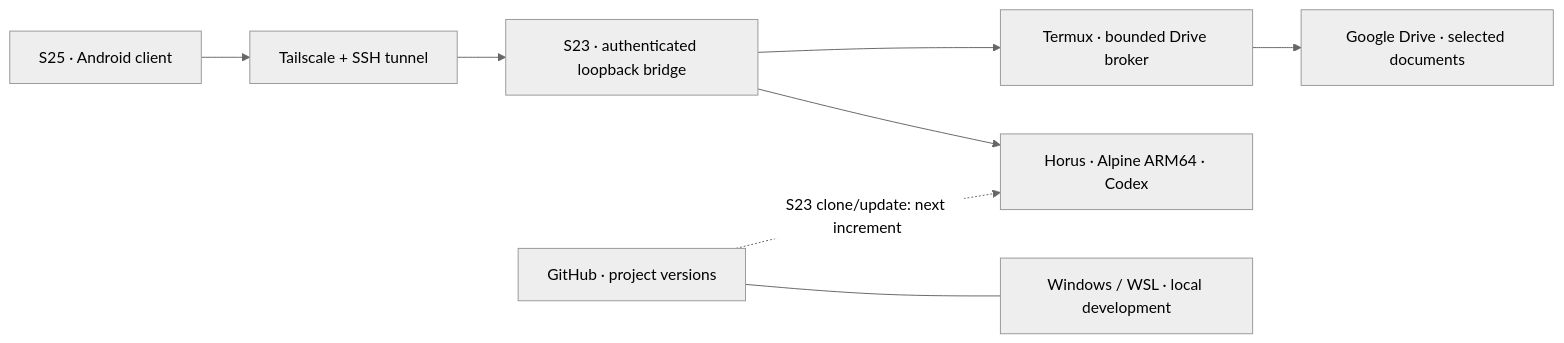
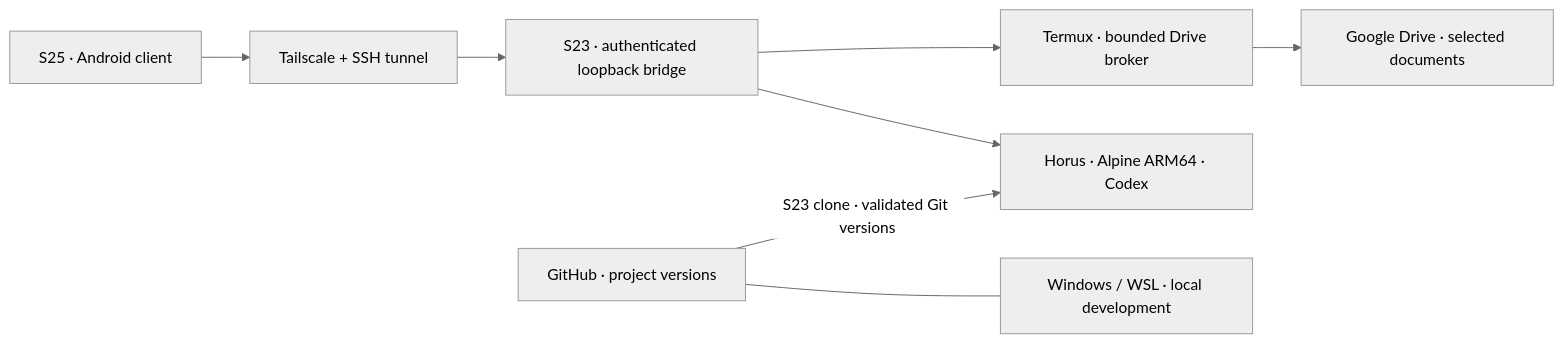
Before and after one commit to Rvillena75/mestry: the diagram in README.md, drawn with Mermaid (neutral theme). The commit also changed other lines of this file and 4 other files, not shown here.

````diff
--- a/README.md
+++ b/README.md
@@ -16,10 +16,10 @@
 ```mermaid
 flowchart LR
     S25["S25 · Android client"] --> VPN["Tailscale + SSH tunnel"]
     VPN --> Bridge["S23 · authenticated loopback bridge"]
     Bridge --> Codex["Horus · Alpine ARM64 · Codex"]
     Bridge --> Broker["Termux · bounded Drive broker"]
     Broker --> Drive["Google Drive · selected documents"]
     GitHub["GitHub · project versions"] --- WSL["Windows / WSL · local development"]
-    GitHub -. "S23 clone/update: next increment" .-> Codex
+    GitHub -- "S23 clone · validated Git versions" --> Codex
 ```
````
